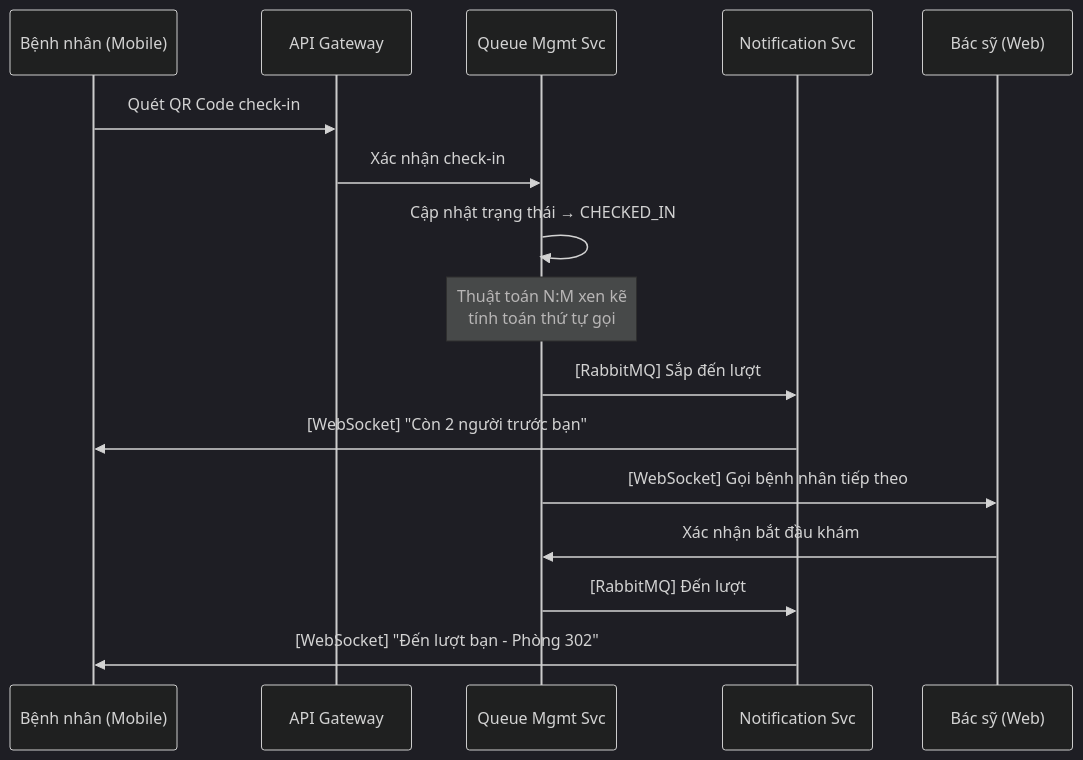
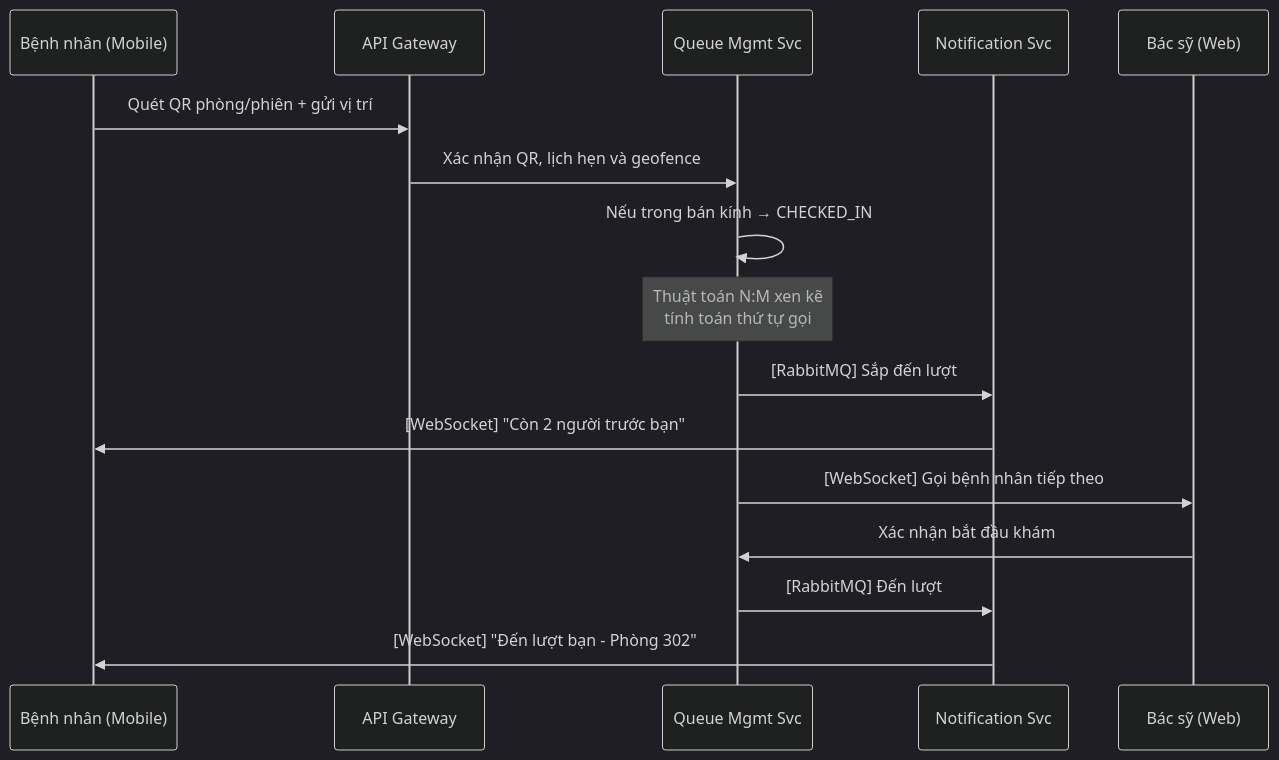
One commit to ntkhai268/careflow changed the second of 3 diagrams in docs/implementation_plan.md. Above: the diagram before and after it, drawn with Mermaid (dark theme). The commit also changed other lines of this file and 38 other files, not shown here.

Commit message:
docs: update report and QR check-in flow

````diff
--- a/docs/implementation_plan.md
+++ b/docs/implementation_plan.md
@@ -492,19 +492,19 @@
 ```mermaid
 sequenceDiagram
     participant P as Bệnh nhân (Mobile)
     participant GW as API Gateway
     participant QS as Queue Mgmt Svc
     participant NS as Notification Svc
     participant D as Bác sỹ (Web)
 
-    P->>GW: Quét QR Code check-in
-    GW->>QS: Xác nhận check-in
-    QS->>QS: Cập nhật trạng thái → CHECKED_IN
+    P->>GW: Quét QR phòng/phiên + gửi vị trí
+    GW->>QS: Xác nhận QR, lịch hẹn và geofence
+    QS->>QS: Nếu trong bán kính → CHECKED_IN
     Note over QS: Thuật toán N:M xen kẽ<br/>tính toán thứ tự gọi
     QS->>NS: [RabbitMQ] Sắp đến lượt
     NS->>P: [WebSocket] "Còn 2 người trước bạn"
     QS->>D: [WebSocket] Gọi bệnh nhân tiếp theo
     D->>QS: Xác nhận bắt đầu khám
     QS->>NS: [RabbitMQ] Đến lượt
     NS->>P: [WebSocket] "Đến lượt bạn - Phòng 302"
 ```
````
